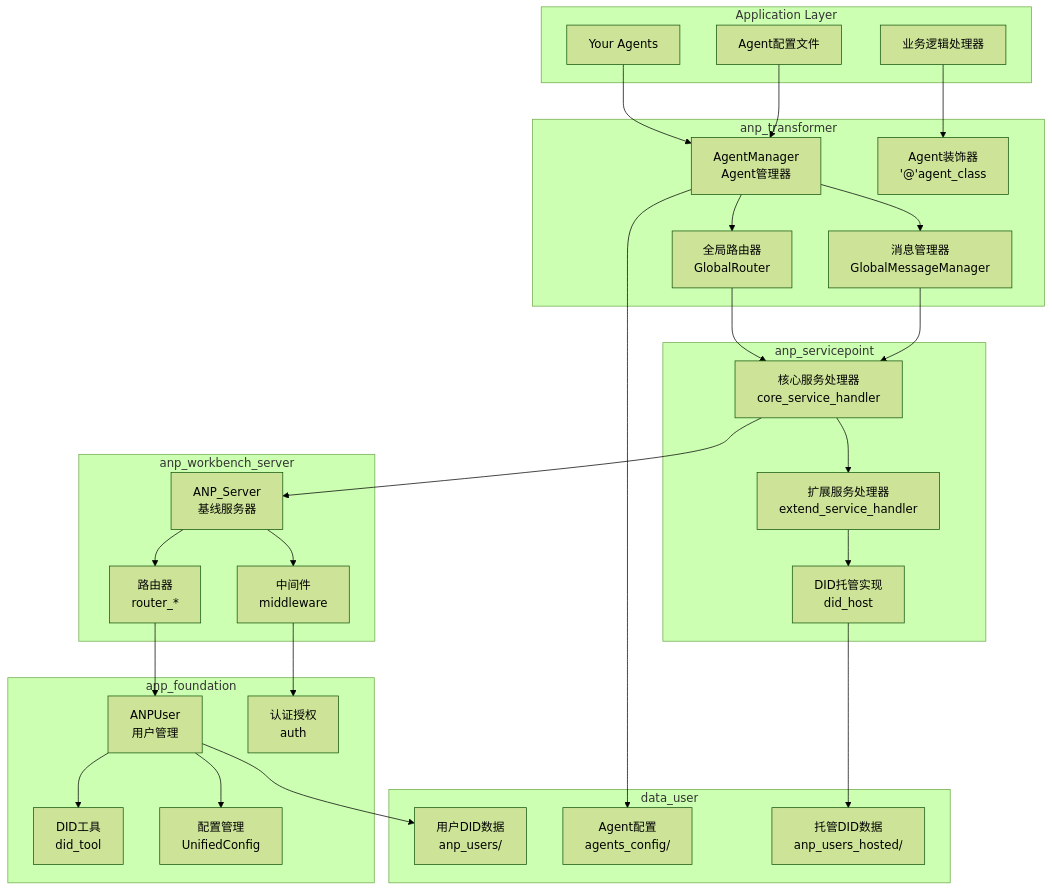
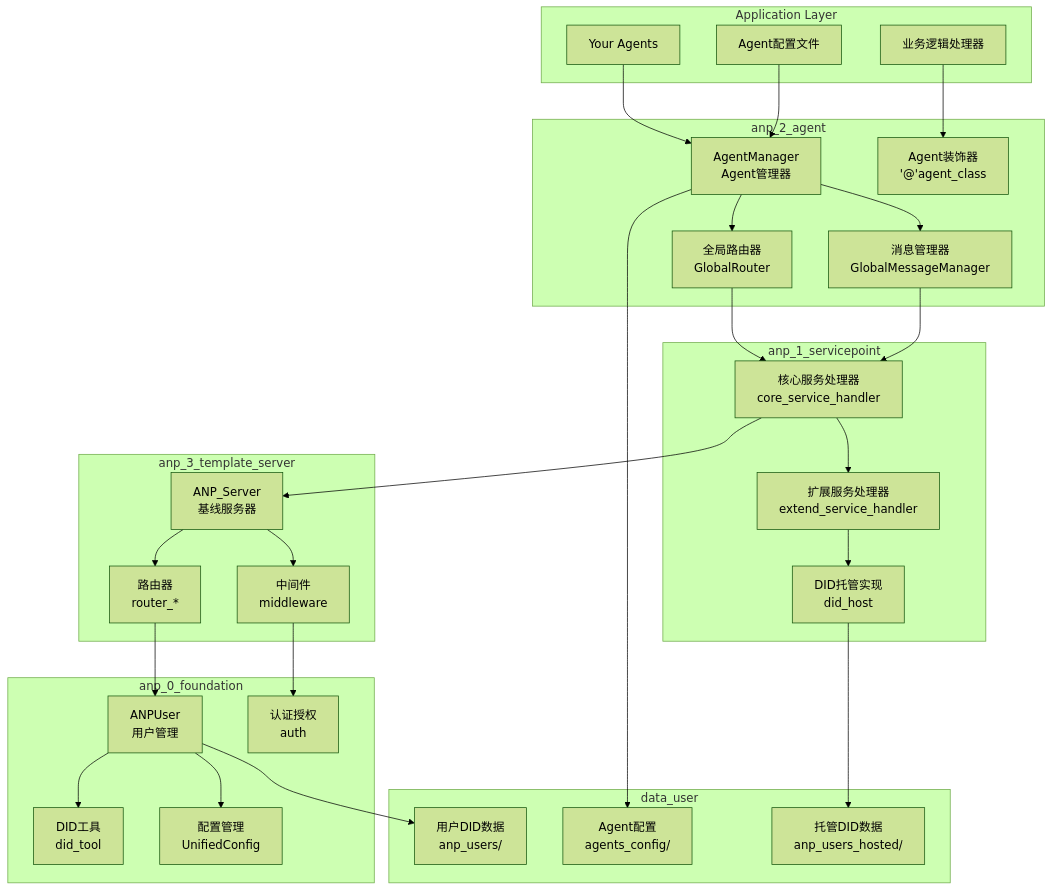
One commit to seanzhang9999/anp-open-sdk changed the first of 10 diagrams in docs/ANP系统架构图.md. Above: the diagram before and after it, drawn with Mermaid (forest theme). The commit also changed other lines of this file and 68 other files, not shown here.

First line of the commit message:
Refactor: Rename anp_transformer to anp_runtime across codebase

````diff
--- a/docs/ANP系统架构图.md
+++ b/docs/ANP系统架构图.md
@@ -5,60 +5,60 @@
 ```mermaid
 graph TB
     subgraph "Application Layer"
         A1[Your Agents]
         A2[Agent配置文件]
         A3[业务逻辑处理器]
     end
     
-    subgraph "anp_transformer"
+    subgraph "anp_2_agent"
         T1[AgentManager<br/>Agent管理器]
         T2[Agent装饰器<br/> '@'agent_class]
         T3[全局路由器<br/>GlobalRouter]
         T4[消息管理器<br/>GlobalMessageManager]
     end
     
-    subgraph "anp_servicepoint"
+    subgraph "anp_1_servicepoint"
         S1[核心服务处理器<br/>core_service_handler]
         S2[扩展服务处理器<br/>extend_service_handler]
         S3[DID托管实现<br/>did_host]
     end
     
-    subgraph "anp_workbench_server"
+    subgraph "anp_3_template_server"
         W1[ANP_Server<br/>基线服务器]
         W2[路由器<br/>router_*]
         W3[中间件<br/>middleware]
     end
     
-    subgraph "anp_foundation"
+    subgraph "anp_0_foundation"
         F1[ANPUser<br/>用户管理]
         F2[DID工具<br/>did_tool]
         F3[配置管理<br/>UnifiedConfig]
         F4[认证授权<br/>auth]
     end
     
     subgraph "data_user"
         D1[用户DID数据<br/>anp_users/]
         D2[Agent配置<br/>agents_config/]
         D3[托管DID数据<br/>anp_users_hosted/]
     end
     
     A1 --> T1
     A2 --> T1
     A3 --> T2
     T1 --> T3
     T1 --> T4
     T3 --> S1
     T4 --> S1
     S1 --> S2
     S2 --> S3
     S1 --> W1
     W1 --> W2
     W1 --> W3
     W2 --> F1
     W3 --> F4
     F1 --> F2
     F1 --> F3
     F1 --> D1
     T1 --> D2
     S3 --> D3
 ```
````
